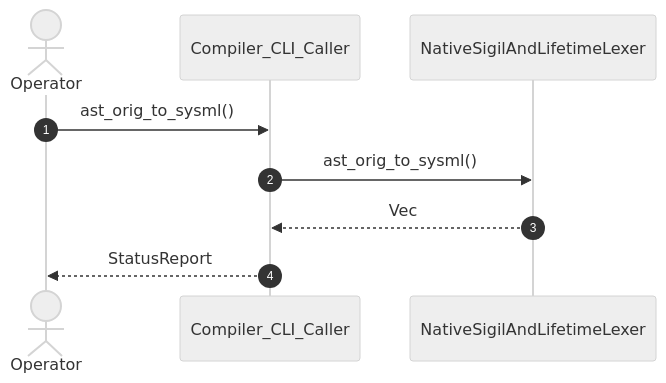
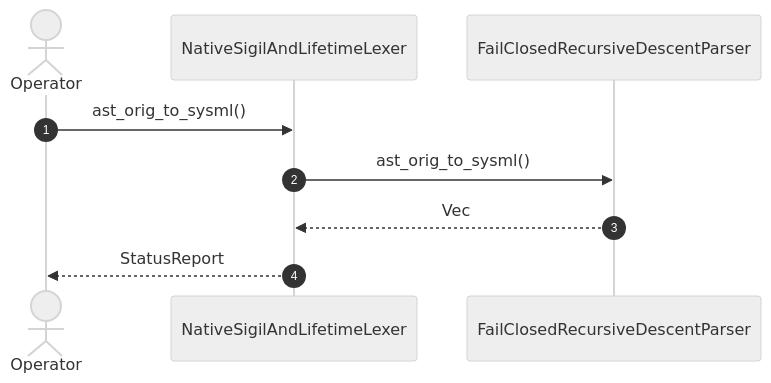
Before and after one commit to gintatkinson/DEAP01-spec-core: the diagram in .pipeline/upstream/docs/user-stories/US-22-ast_orig_to_sysml.md, drawn with Mermaid (neutral theme). The commit also changed other lines of this file and 179 other files, not shown here.

Commit message:
fix(compiler): remediate upstream specification forward projection, diagram synthesis, and GitHub blob URL resolution

````diff
--- a/.pipeline/upstream/docs/user-stories/US-22-ast_orig_to_sysml.md
+++ b/.pipeline/upstream/docs/user-stories/US-22-ast_orig_to_sysml.md
@@ -16,11 +16,11 @@
 ```mermaid
 sequenceDiagram
     autonumber
     actor Operator
-    participant Compiler_CLI_Caller
     participant NativeSigilAndLifetimeLexer
-    Operator->>Compiler_CLI_Caller: ast_orig_to_sysml()
-    Compiler_CLI_Caller->>NativeSigilAndLifetimeLexer: ast_orig_to_sysml()
-    NativeSigilAndLifetimeLexer-->>Compiler_CLI_Caller: Vec
-    Compiler_CLI_Caller-->>Operator: StatusReport
+    participant FailClosedRecursiveDescentParser
+    Operator->>NativeSigilAndLifetimeLexer: ast_orig_to_sysml()
+    NativeSigilAndLifetimeLexer->>FailClosedRecursiveDescentParser: ast_orig_to_sysml()
+    FailClosedRecursiveDescentParser-->>NativeSigilAndLifetimeLexer: Vec
+    NativeSigilAndLifetimeLexer-->>Operator: StatusReport
 ```
````
